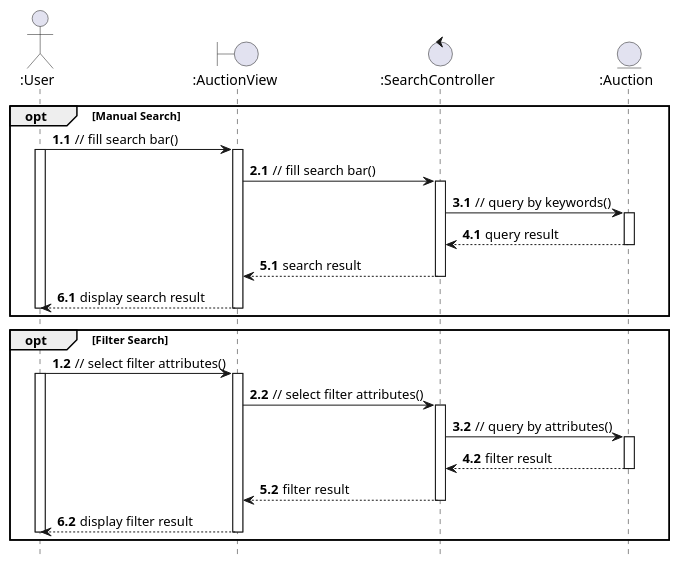
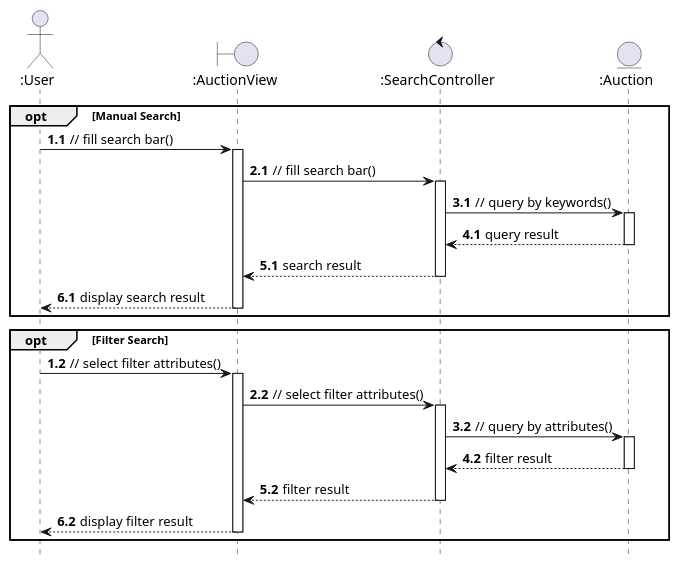
One commit to anhbanlinhle/velocity-exchange changed the diagram in uml/analysis/sequence/search_for_auction.pu. Above: the diagram before and after it, drawn with PlantUML. The commit also changed 5 other files, not shown here.

```diff
--- a/uml/analysis/sequence/search_for_auction.pu
+++ b/uml/analysis/sequence/search_for_auction.pu
@@ -1,65 +1,61 @@
 @startuml
 hide footbox
 
 actor ":User" as User
 boundary ":AuctionView" as AuctionView
 control ":SearchController" as SearchController
 entity ":Auction" as Auction
 
 autonumber
 
 opt Manual Search
   autonumber 1.1
     User -> AuctionView: // fill search bar()
     autonumber inc A
-    activate User
     activate AuctionView
       AuctionView -> SearchController: // fill search bar()
       autonumber inc A
       activate SearchController
         SearchController -> Auction: // query by keywords()
           autonumber inc A
           activate Auction
             Auction --> SearchController: query result
             autonumber inc A
           deactivate Auction
         SearchController --> AuctionView: search result
         autonumber inc A
       deactivate SearchController
       AuctionView --> User: display search result
       autonumber inc A
     deactivate AuctionView
-  deactivate User
 end
 
 opt Filter Search
   autonumber 1.2
   User -> AuctionView: // select filter attributes()
   autonumber inc A
   autonumber inc B
-    activate User
     activate AuctionView
       AuctionView -> SearchController: // select filter attributes()
       autonumber inc A
       autonumber inc B
       activate SearchController
         SearchController -> Auction: // query by attributes()
           autonumber inc A
           autonumber inc B
           activate Auction
             Auction --> SearchController: filter result
             autonumber inc A
             autonumber inc B
           deactivate Auction
         SearchController --> AuctionView: filter result
         autonumber inc A
         autonumber inc B
       deactivate SearchController
       AuctionView --> User: display filter result
       autonumber inc A
       autonumber inc B
     deactivate AuctionView
-  deactivate User
 end
 
 @enduml
```
